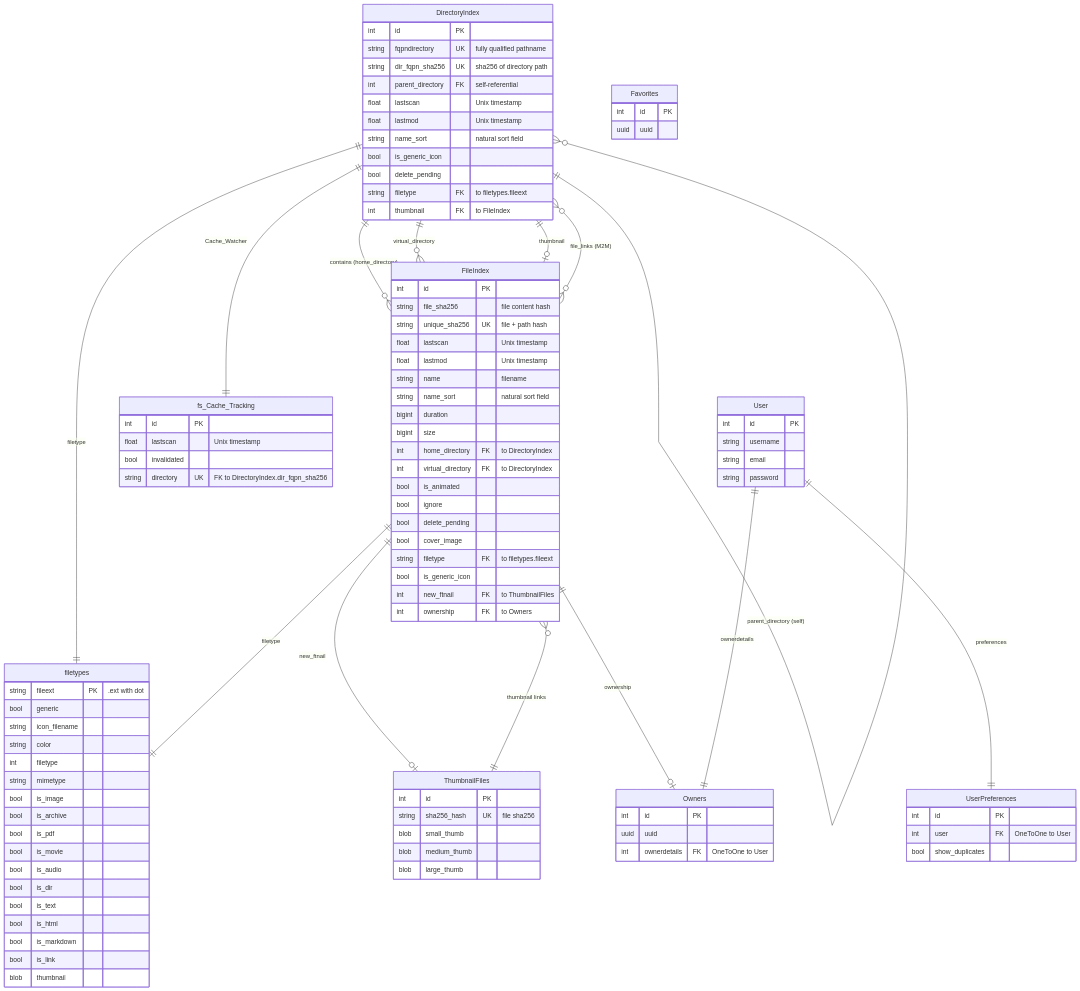
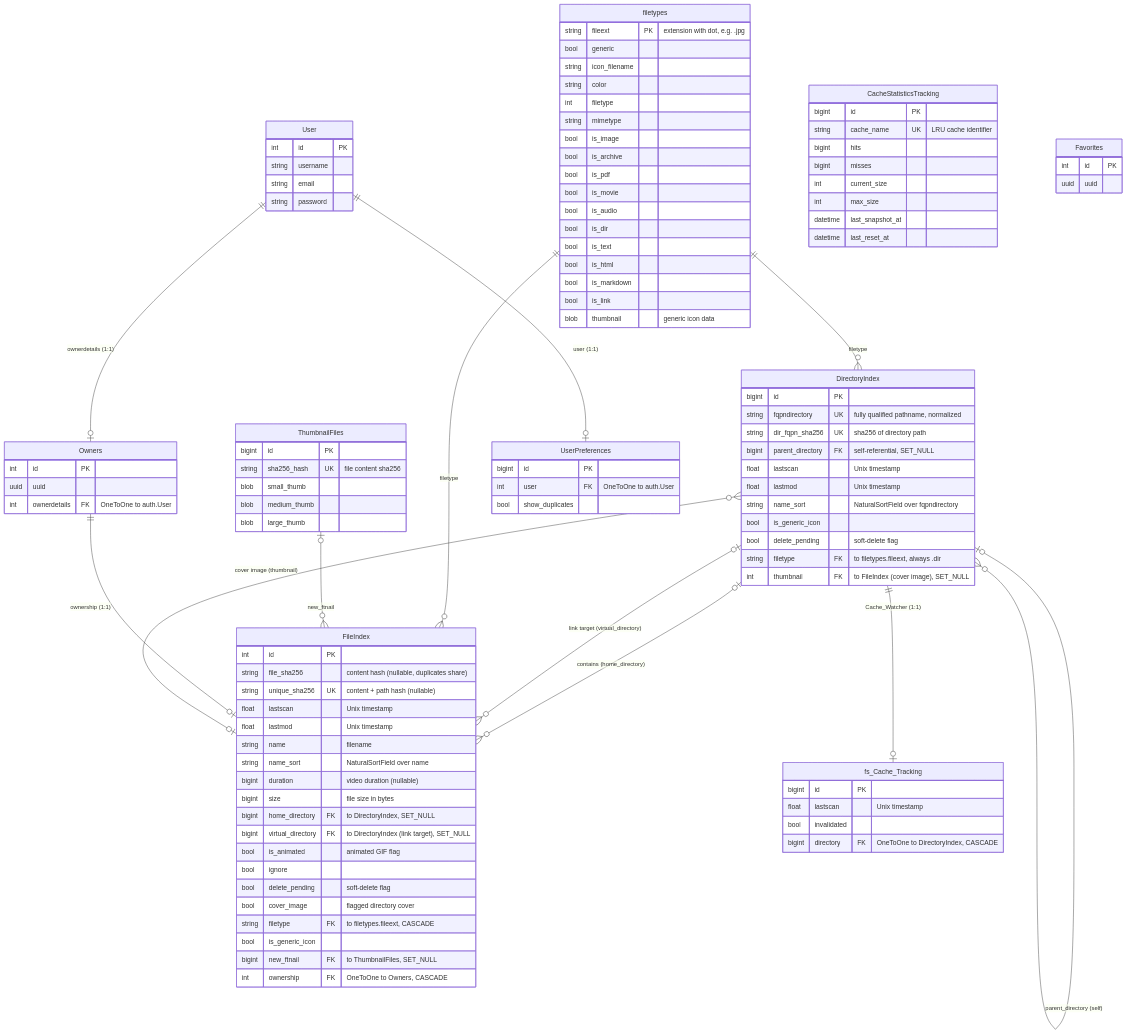
The diagram in docs/DATABASE_ERD.md (bschollnick/QuickBBS), drawn with Mermaid before and after one commit. The commit also changed other lines of this file and 12 other files, not shown here.

````diff
--- a/docs/DATABASE_ERD.md
+++ b/docs/DATABASE_ERD.md
@@ -5,75 +5,65 @@
 ```mermaid
 erDiagram
-    %% Core Gallery Models
-    DirectoryIndex ||--o{ FileIndex : "contains (home_directory)"
-    DirectoryIndex ||--o{ FileIndex : "virtual_directory"
-    DirectoryIndex ||--o| FileIndex : "thumbnail"
-    DirectoryIndex }o--o{ FileIndex : "file_links (M2M)"
-    DirectoryIndex ||--o{ DirectoryIndex : "parent_directory (self)"
-    DirectoryIndex ||--|| filetypes : "filetype"
+    %% Core Gallery Relationships
+    DirectoryIndex |o--o{ FileIndex : "contains (home_directory)"
+    DirectoryIndex |o--o{ FileIndex : "link target (virtual_directory)"
+    FileIndex |o--o{ DirectoryIndex : "cover image (thumbnail)"
+    DirectoryIndex |o--o{ DirectoryIndex : "parent_directory (self)"
+    filetypes ||--o{ DirectoryIndex : "filetype"
+    filetypes ||--o{ FileIndex : "filetype"
 
-    %% File Models
-    FileIndex ||--|| filetypes : "filetype"
-    FileIndex ||--o| ThumbnailFiles : "new_ftnail"
-    FileIndex ||--o| Owners : "ownership"
+    %% Thumbnail Storage
+    ThumbnailFiles |o--o{ FileIndex : "new_ftnail"
 
     %% Cache Tracking
-    DirectoryIndex ||--|| fs_Cache_Tracking : "Cache_Watcher"
+    DirectoryIndex ||--o| fs_Cache_Tracking : "Cache_Watcher (1:1)"
 
-    %% Thumbnail Storage
-    ThumbnailFiles ||--o{ FileIndex : "thumbnail links"
-
-    %% User & Preferences
-    User ||--|| Owners : "ownerdetails"
-    User ||--|| UserPreferences : "preferences"
-
-    %% Favorites (stub model)
-    Favorites {
-        int id PK
-        uuid uuid
-    }
+    %% User & Ownership
+    User ||--o| Owners : "ownerdetails (1:1)"
+    Owners ||--o| FileIndex : "ownership (1:1)"
+    User ||--o| UserPreferences : "user (1:1)"
 
     %% Core Directory Model
     DirectoryIndex {
-        int id PK
-        string fqpndirectory UK "fully qualified pathname"
+        bigint id PK
+        string fqpndirectory UK "fully qualified pathname, normalized"
         string dir_fqpn_sha256 UK "sha256 of directory path"
-        int parent_directory FK "self-referential"
+        bigint parent_directory FK "self-referential, SET_NULL"
         float lastscan "Unix timestamp"
         float lastmod "Unix timestamp"
-        string name_sort "natural sort field"
+        string name_sort "NaturalSortField over fqpndirectory"
         bool is_generic_icon
-        bool delete_pending
-        string filetype FK "to filetypes.fileext"
-        int thumbnail FK "to FileIndex"
+        bool delete_pending "soft-delete flag"
+        string filetype FK "to filetypes.fileext, always .dir"
+        int thumbnail FK "to FileIndex (cover image), SET_NULL"
     }
 
     %% Core File Model
     FileIndex {
         int id PK
-        string file_sha256 "file content hash"
-        string unique_sha256 UK "file + path hash"
+        string file_sha256 "content hash (nullable, duplicates share)"
+        string unique_sha256 UK "content + path hash (nullable)"
         float lastscan "Unix timestamp"
         float lastmod "Unix timestamp"
         string name "filename"
-        string name_sort "natural sort field"
-        bigint duration
-        bigint size
-        int home_directory FK "to DirectoryIndex"
-        int virtual_directory FK "to DirectoryIndex"
-        bool is_animated
+        string name_sort "NaturalSortField over name"
+        bigint duration "video duration (nullable)"
+        bigint size "file size in bytes"
+        bigint home_directory FK "to DirectoryIndex, SET_NULL"
+        bigint virtual_directory FK "to DirectoryIndex (link target), SET_NULL"
+        bool is_animated "animated GIF flag"
         bool ignore
-        bool delete_pending
-        bool cover_image
-        string filetype FK "to filetypes.fileext"
+        bool delete_pending "soft-delete flag"
+        bool cover_image "flagged directory cover"
+        string filetype FK "to filetypes.fileext, CASCADE"
         bool is_generic_icon
-        int new_ftnail FK "to ThumbnailFiles"
-        int ownership FK "to Owners"
+        bigint new_ftnail FK "to ThumbnailFiles, SET_NULL"
+        int ownership FK "OneToOne to Owners, CASCADE"
     }
 
     %% File Type Definitions
     filetypes {
-        string fileext PK ".ext with dot"
+        string fileext PK "extension with dot, e.g. .jpg"
         bool generic
         string icon_filename
         string color
@@ -89,13 +79,13 @@
         bool is_html
         bool is_markdown
         bool is_link
-        blob thumbnail
+        blob thumbnail "generic icon data"
     }
 
     %% Thumbnail Storage
     ThumbnailFiles {
-        int id PK
-        string sha256_hash UK "file sha256"
+        bigint id PK
+        string sha256_hash UK "file content sha256"
         blob small_thumb
         blob medium_thumb
         blob large_thumb
@@ -103,27 +93,45 @@
 
     %% Cache Tracking
     fs_Cache_Tracking {
-        int id PK
+        bigint id PK
         float lastscan "Unix timestamp"
         bool invalidated
-        string directory UK "FK to DirectoryIndex.dir_fqpn_sha256"
+        bigint directory FK "OneToOne to DirectoryIndex, CASCADE"
+    }
+
+    %% Cache Statistics (standalone, no relationships)
+    CacheStatisticsTracking {
+        bigint id PK
+        string cache_name UK "LRU cache identifier"
+        bigint hits
+        bigint misses
+        int current_size
+        int max_size
+        datetime last_snapshot_at
+        datetime last_reset_at
     }
 
     %% Ownership
     Owners {
         int id PK
         uuid uuid
-        int ownerdetails FK "OneToOne to User"
+        int ownerdetails FK "OneToOne to auth.User"
     }
 
     %% User Preferences
     UserPreferences {
-        int id PK
-        int user FK "OneToOne to User"
+        bigint id PK
+        int user FK "OneToOne to auth.User"
         bool show_duplicates
     }
 
-    %% Django User Model (external)
+    %% Favorites (stub model, no relationships yet)
+    Favorites {
+        int id PK
+        uuid uuid
+    }
+
+    %% Django User Model (django.contrib.auth)
     User {
         int id PK
         string username
````
